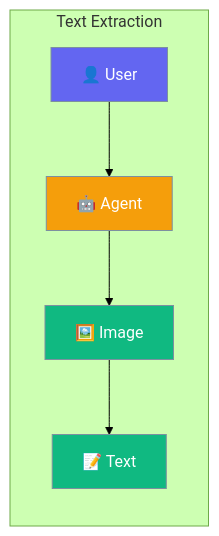
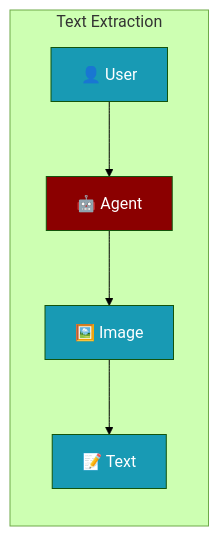
One commit to MervinPraison/PraisonAIDocs changed the first of 2 diagrams in docs/js/ocr.mdx. Above: the diagram before and after it, drawn with Mermaid (forest theme). The commit also changed 14 other files, not shown here.

````diff
--- a/docs/js/ocr.mdx
+++ b/docs/js/ocr.mdx
@@ -10,16 +10,14 @@
 ```mermaid
 graph LR
     subgraph "Text Extraction"
         A[👤 User] --> B[🤖 Agent]
         B --> C[🖼️ Image]
         C --> D[📝 Text]
     end
-    
-    classDef user fill:#6366F1,stroke:#7C90A0,color:#fff
-    classDef agent fill:#F59E0B,stroke:#7C90A0,color:#fff
-    classDef output fill:#10B981,stroke:#7C90A0,color:#fff
-    
-    class A user
+
+    classDef agent fill:#8B0000,color:#fff
+    classDef tool fill:#189AB4,color:#fff
+
     class B agent
-    class C,D output
+    class A,C,D tool
 ```
````
